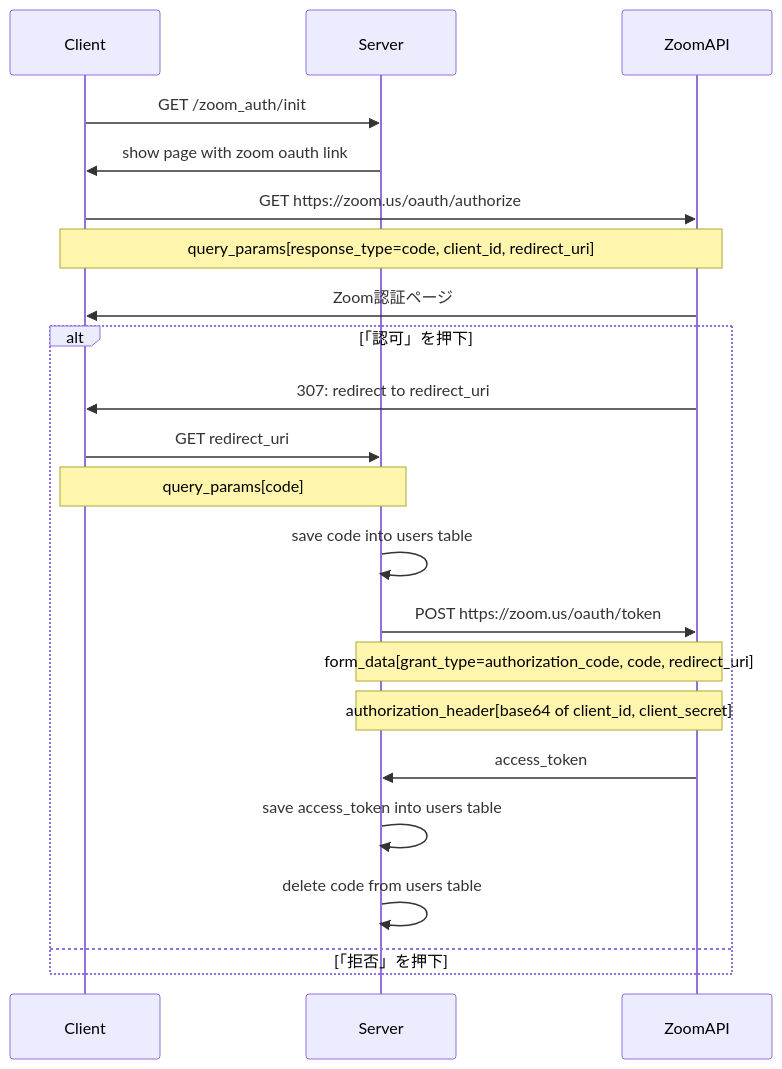
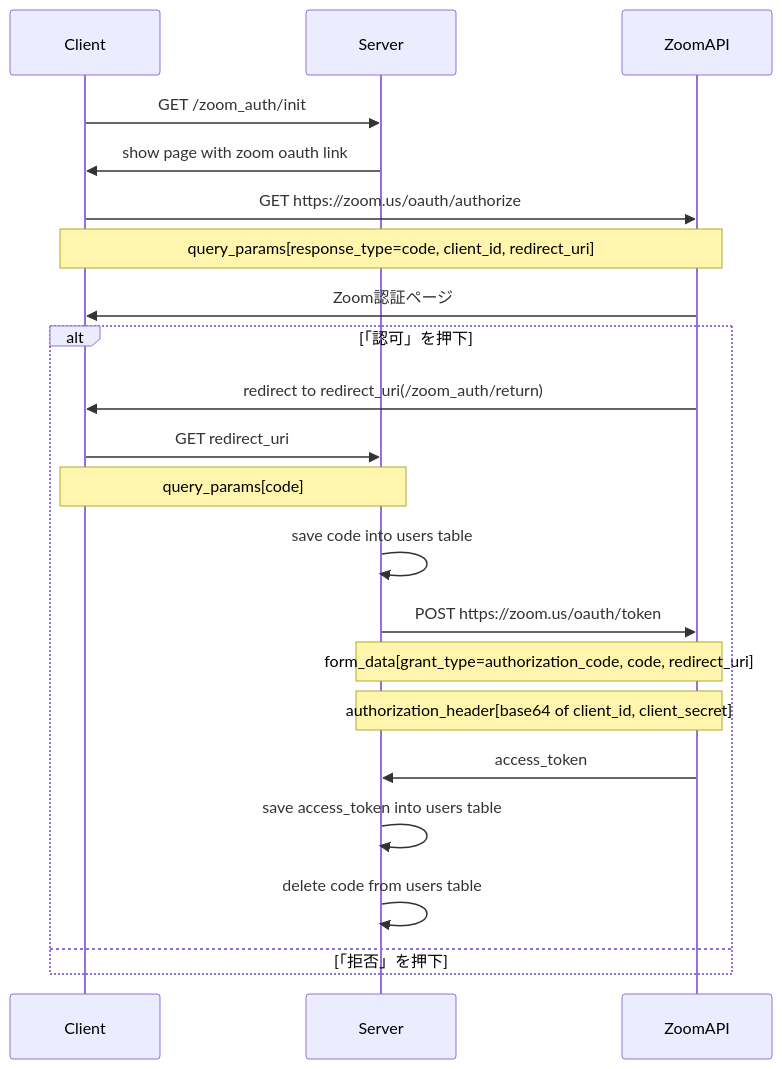
The diagram in zoom_authentication_sequence.md (lynxlevin/zoom_auto_records), drawn with Mermaid before and after one commit. The commit also changed 1 other file, not shown here.

Commit message:
improve documents

````diff
--- a/zoom_authentication_sequence.md
+++ b/zoom_authentication_sequence.md
@@ -1,24 +1,24 @@
 ```mermaid
 sequenceDiagram
     participant c as Client
     participant s as Server
     participant z as ZoomAPI
     c->>s: GET /zoom_auth/init
     s->>c: show page with zoom oauth link
     c->>z: GET https://zoom.us/oauth/authorize
     Note over c, z: query_params[response_type=code, client_id, redirect_uri]
     z->>c: Zoom認証ページ
     alt 「認可」を押下
-        z->>c: 307: redirect to redirect_uri
+        z->>c: redirect to redirect_uri(/zoom_auth/return)
         c->>s: GET redirect_uri
         Note over c, s: query_params[code]
         s->>s: save code into users table
         s->>z: POST https://zoom.us/oauth/token
         Note over s, z: form_data[grant_type=authorization_code, code, redirect_uri]
         Note over s, z: authorization_header[base64 of client_id, client_secret]
         z->>s: access_token
         s->>s: save access_token into users table
         s->>s: delete code from users table
     else 「拒否」を押下
     end
 ```
````
